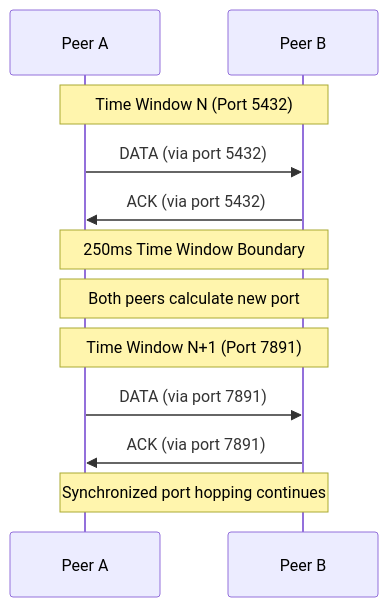
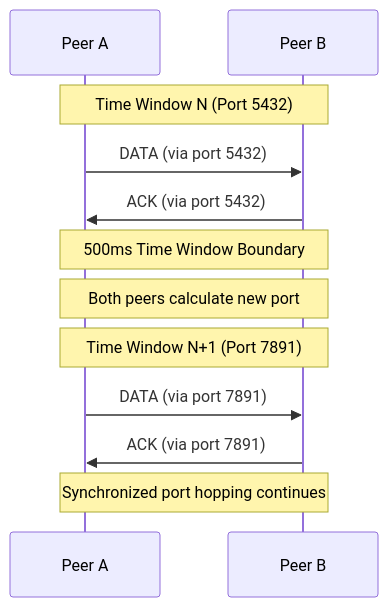
The eighth of 37 diagrams in design/protocol/A-sequence-diagrams.md (aidanmorgan/buckwild), drawn with Mermaid before and after one commit. The commit also changed other lines of this file and 14 other files, not shown here.

````diff
--- a/design/protocol/A-sequence-diagrams.md
+++ b/design/protocol/A-sequence-diagrams.md
@@ -184,18 +196,18 @@
 ```mermaid
 sequenceDiagram
     participant Peer A
     participant Peer B
     
     Note over Peer A,Peer B: Time Window N (Port 5432)
     Peer A->>Peer B: DATA (via port 5432)
     Peer B->>Peer A: ACK (via port 5432)
     
-    Note over Peer A,Peer B: 250ms Time Window Boundary
+    Note over Peer A,Peer B: 500ms Time Window Boundary
     Note over Peer A,Peer B: Both peers calculate new port
     Note over Peer A,Peer B: Time Window N+1 (Port 7891)
     
     Peer A->>Peer B: DATA (via port 7891)
     Peer B->>Peer A: ACK (via port 7891)
     
     Note over Peer A,Peer B: Synchronized port hopping continues
 ```
````
